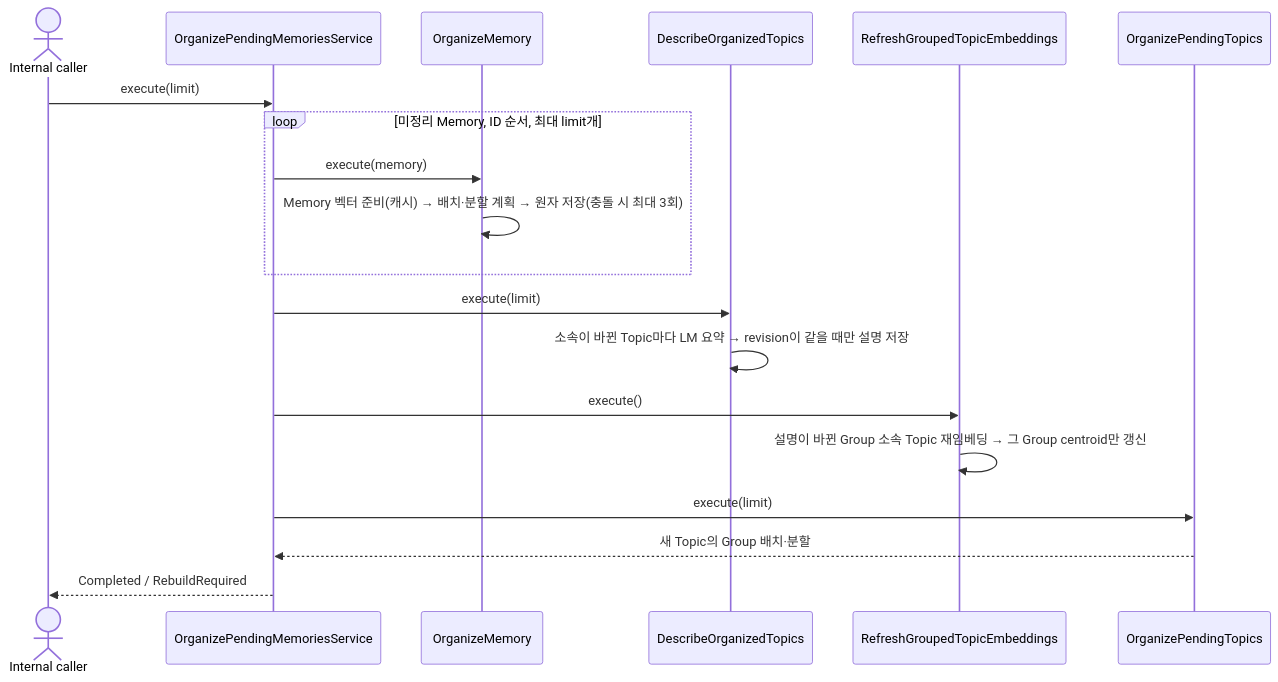
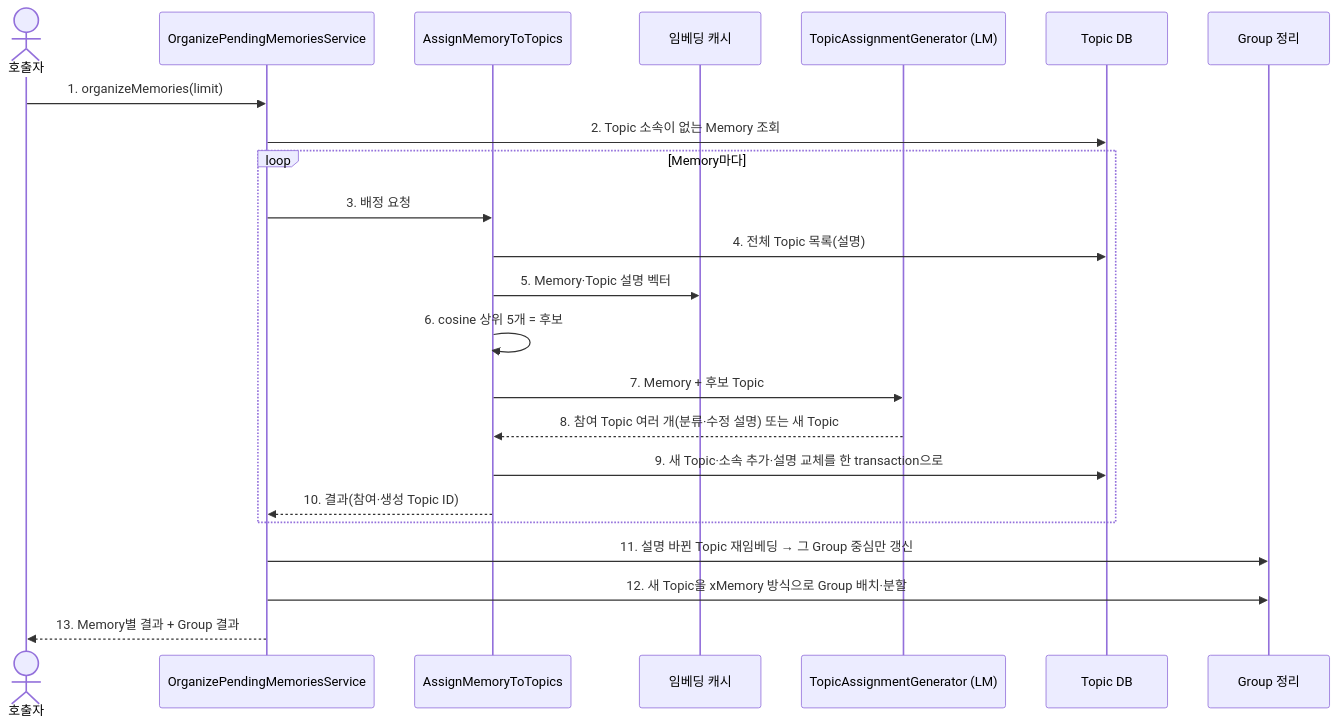
The diagram in application/src/main/kotlin/com/homeassistant/application/usecase/topic/README.md (magenta1223/home_assistant), drawn with Mermaid before and after one commit. The commit also changed other lines of this file and 31 other files, not shown here.

First line of the commit message:
refactor: assign memories to several topics by model choice

````diff
--- a/application/src/main/kotlin/com/homeassistant/application/usecase/topic/README.md
+++ b/application/src/main/kotlin/com/homeassistant/application/usecase/topic/README.md
@@ -9,21 +13,25 @@
 ```mermaid
 sequenceDiagram
-    actor Caller as Internal caller
+    actor Caller as 호출자
     participant Batch as OrganizePendingMemoriesService
-    participant One as OrganizeMemory
-    participant Describe as DescribeOrganizedTopics
-    participant Refresh as RefreshGroupedTopicEmbeddings
-    participant Groups as OrganizePendingTopics
-    Caller->>Batch: execute(limit)
-    loop 미정리 Memory, ID 순서, 최대 limit개
-        Batch->>One: execute(memory)
-        One->>One: Memory 벡터 준비(캐시) → 배치·분할 계획 → 원자 저장(충돌 시 최대 3회)
+    participant Assign as AssignMemoryToTopics
+    participant Embed as 임베딩 캐시
+    participant Model as TopicAssignmentGenerator (LM)
+    participant Store as Topic DB
+    participant Groups as Group 정리
+    Caller->>Batch: 1. organizeMemories(limit)
+    Batch->>Store: 2. Topic 소속이 없는 Memory 조회
+    loop Memory마다
+        Batch->>Assign: 3. 배정 요청
+        Assign->>Store: 4. 전체 Topic 목록(설명)
+        Assign->>Embed: 5. Memory·Topic 설명 벡터
+        Assign->>Assign: 6. cosine 상위 5개 = 후보
+        Assign->>Model: 7. Memory + 후보 Topic
+        Model-->>Assign: 8. 참여 Topic 여러 개(분류·수정 설명) 또는 새 Topic
+        Assign->>Store: 9. 새 Topic·소속 추가·설명 교체를 한 transaction으로
+        Assign-->>Batch: 10. 결과(참여·생성 Topic ID)
     end
-    Batch->>Describe: execute(limit)
-    Describe->>Describe: 소속이 바뀐 Topic마다 LM 요약 → revision이 같을 때만 설명 저장
-    Batch->>Refresh: execute()
-    Refresh->>Refresh: 설명이 바뀐 Group 소속 Topic 재임베딩 → 그 Group centroid만 갱신
-    Batch->>Groups: execute(limit)
-    Groups-->>Batch: 새 Topic의 Group 배치·분할
-    Batch-->>Caller: Completed / RebuildRequired
+    Batch->>Groups: 11. 설명 바뀐 Topic 재임베딩 → 그 Group 중심만 갱신
+    Batch->>Groups: 12. 새 Topic을 xMemory 방식으로 Group 배치·분할
+    Batch-->>Caller: 13. Memory별 결과 + Group 결과
 ```
````
